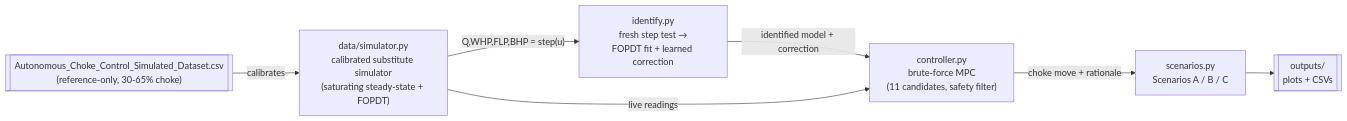
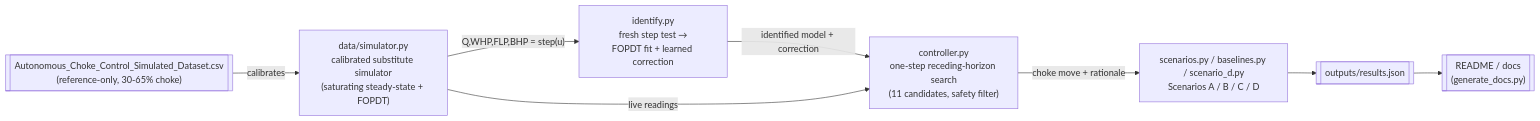
The diagram in README.md (mohitk-patwari/ChokePilot), drawn with Mermaid before and after one commit. The commit also changed other lines of this file and 15 other files, not shown here.

````diff
--- a/README.md
+++ b/README.md
@@ -29,16 +36,18 @@
 ```mermaid
 flowchart LR
     CSV[["Autonomous_Choke_Control_Simulated_Dataset.csv\n(reference-only, 30-65% choke)"]]
     SIM["data/simulator.py\ncalibrated substitute simulator\n(saturating steady-state + FOPDT)"]
     ID["identify.py\nfresh step test →\nFOPDT fit + learned correction"]
-    CTRL["controller.py\nbrute-force MPC\n(11 candidates, safety filter)"]
-    SCEN["scenarios.py\nScenarios A / B / C"]
-    OUT[["outputs/\nplots + CSVs"]]
+    CTRL["controller.py\none-step receding-horizon search\n(11 candidates, safety filter)"]
+    SCEN["scenarios.py / baselines.py / scenario_d.py\nScenarios A / B / C / D"]
+    JSON[["outputs/results.json"]]
+    OUT[["README / docs\n(generate_docs.py)"]]
 
     CSV -- calibrates --> SIM
     SIM -- Q,WHP,FLP,BHP = step(u) --> ID
     ID -- identified model + correction --> CTRL
     SIM -- live readings --> CTRL
     CTRL -- choke move + rationale --> SCEN
-    SCEN --> OUT
+    SCEN --> JSON
+    JSON --> OUT
 ```
````
